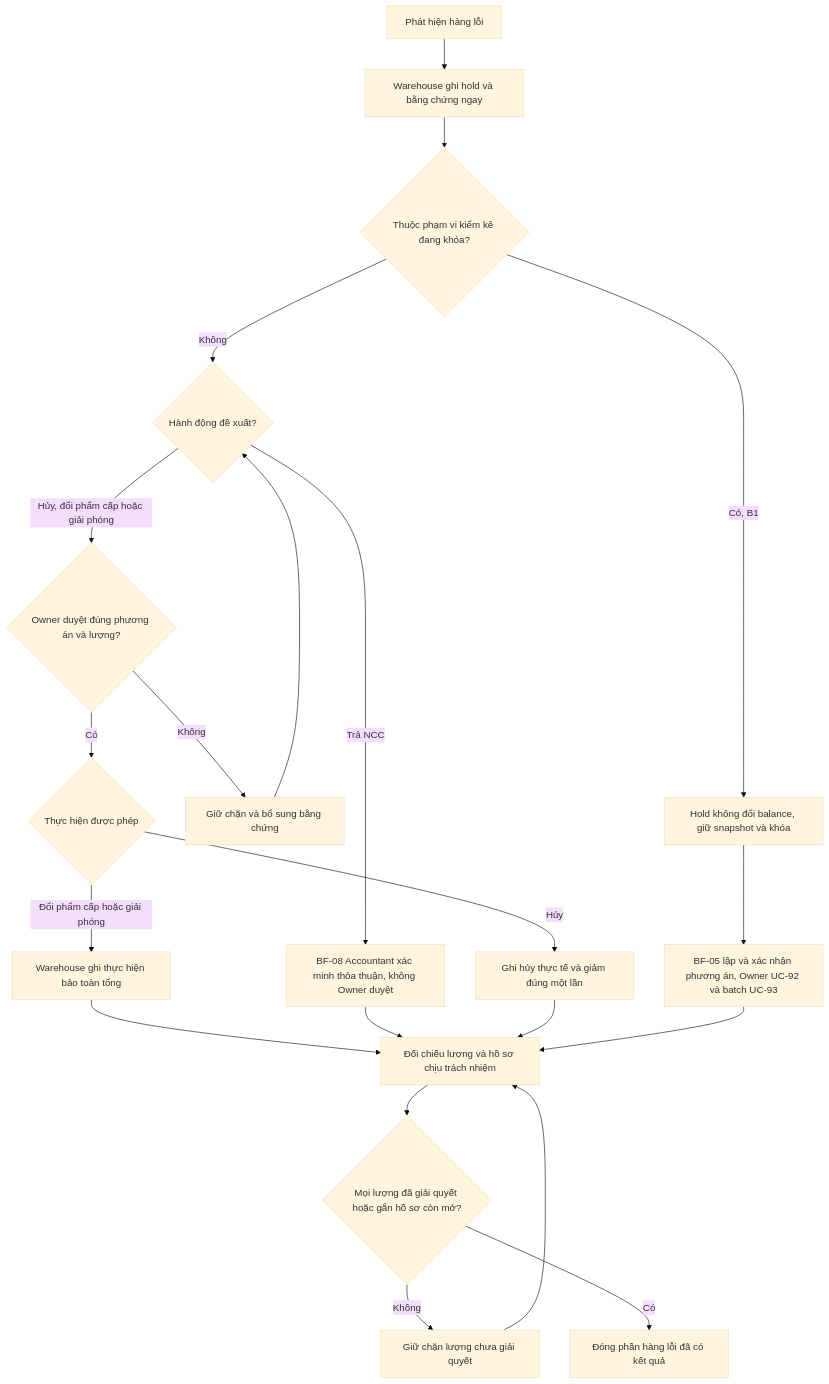
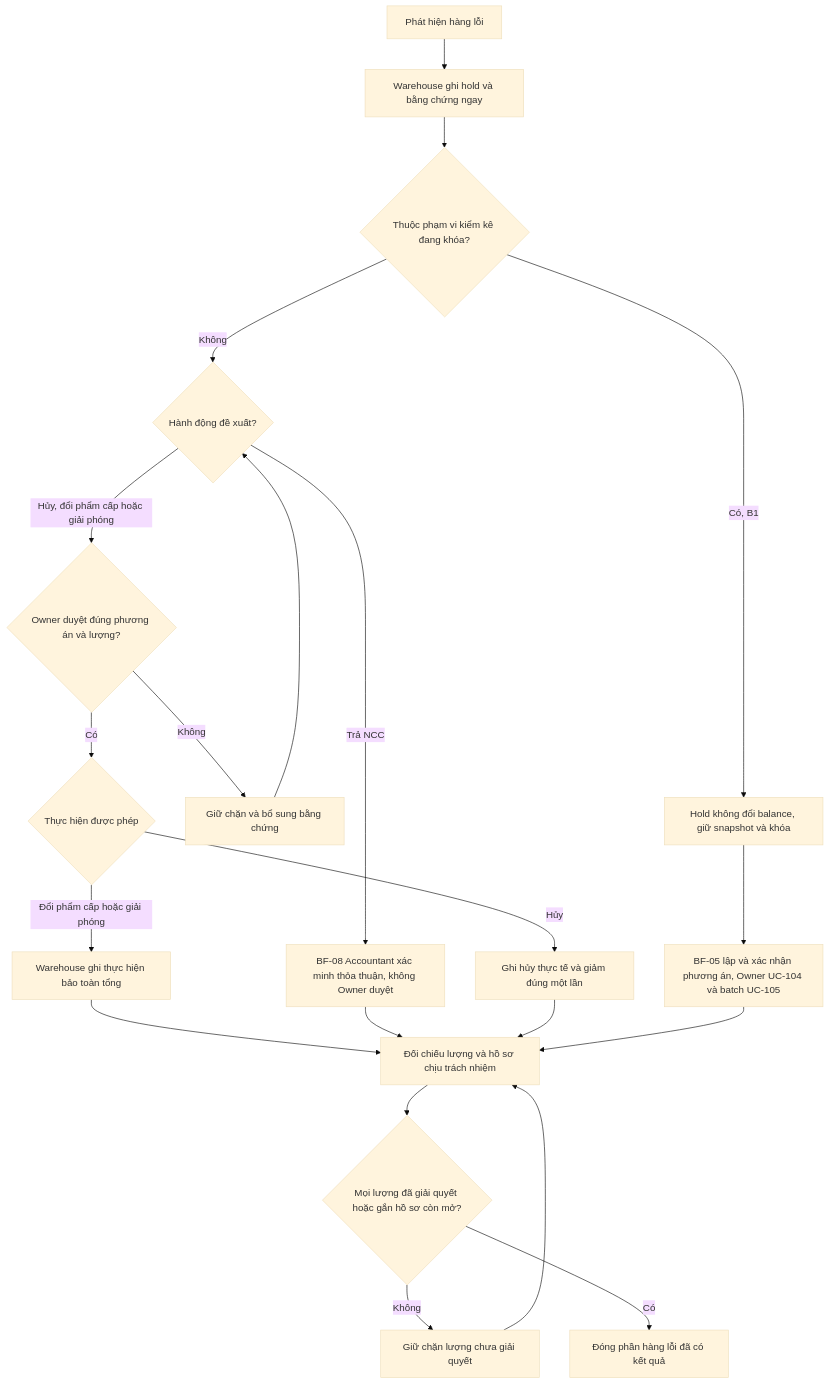
One commit to minhoa2005/building-material-management changed the third of 9 diagrams in git_doc/docs/02_nghiep_vu/de_xuat_quy_trinh_2_VI.md. Above: the diagram before and after it, drawn with Mermaid (base theme). The commit also changed other lines of this file and 13 other files, not shown here.

````diff
--- a/git_doc/docs/02_nghiep_vu/de_xuat_quy_trinh_2_VI.md
+++ b/git_doc/docs/02_nghiep_vu/de_xuat_quy_trinh_2_VI.md
@@ -747,24 +742,24 @@
 ```mermaid
 %% WMSD business baseline 3.1.0 - synchronized 2026-10-25
 flowchart TD
  A[Phát hiện hàng lỗi] --> B[Warehouse ghi hold và bằng chứng ngay]
  B --> C{Thuộc phạm vi kiểm kê đang khóa?}
  C -->|Có, B1| K[Hold không đổi balance, giữ snapshot và khóa]
- K --> K2[BF-05 lập và xác nhận phương án, Owner UC-92 và batch UC-93]
+ K --> K2[BF-05 lập và xác nhận phương án, Owner UC-104 và batch UC-105]
  C -->|Không| X{Hành động đề xuất?}
  X -->|Trả NCC| H[BF-08 Accountant xác minh thỏa thuận, không Owner duyệt]
  X -->|Hủy, đổi phẩm cấp hoặc giải phóng| D{Owner duyệt đúng phương án và lượng?}
  D -->|Không| E[Giữ chặn và bổ sung bằng chứng]
  E --> X
  D -->|Có| F{Thực hiện được phép}
  F -->|Đổi phẩm cấp hoặc giải phóng| G[Warehouse ghi thực hiện bảo toàn tổng]
  F -->|Hủy| I[Ghi hủy thực tế và giảm đúng một lần]
  G --> J[Đối chiếu lượng và hồ sơ chịu trách nhiệm]
  H --> J
  I --> J
  K2 --> J
  J --> R{Mọi lượng đã giải quyết hoặc gắn hồ sơ còn mở?}
  R -->|Không| W[Giữ chặn lượng chưa giải quyết]
  W --> J
  R -->|Có| Z[Đóng phần hàng lỗi đã có kết quả]
 ```
````
